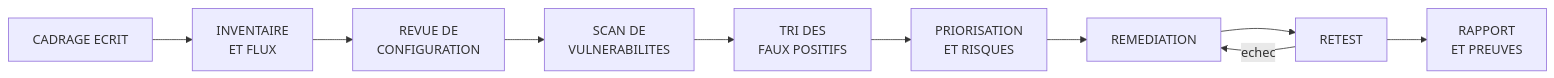
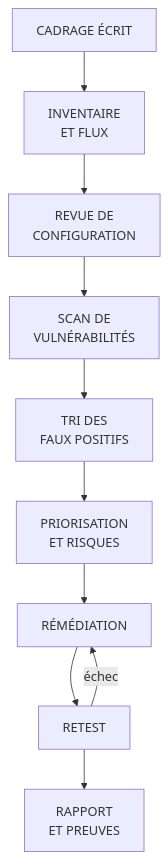
One commit to Gooseppr/GevOps_LC changed the first of 2 diagrams in courses/reseaux-cybersecurite/27_projet_audit_laboratoire.md. Above: the diagram before and after it, drawn with Mermaid. The commit also changed other lines of this file and 56 other files, not shown here.

````diff
--- a/courses/reseaux-cybersecurite/27_projet_audit_laboratoire.md
+++ b/courses/reseaux-cybersecurite/27_projet_audit_laboratoire.md
@@ -53,12 +53,12 @@
 ```mermaid
-flowchart LR
-  A["CADRAGE ECRIT"] --> B["INVENTAIRE<br/>ET FLUX"]
+flowchart TD
+  A["CADRAGE ÉCRIT"] --> B["INVENTAIRE<br/>ET FLUX"]
   B --> C["REVUE DE<br/>CONFIGURATION"]
-  C --> D["SCAN DE<br/>VULNERABILITES"]
+  C --> D["SCAN DE<br/>VULNÉRABILITÉS"]
   D --> E["TRI DES<br/>FAUX POSITIFS"]
   E --> F["PRIORISATION<br/>ET RISQUES"]
-  F --> G["REMEDIATION"]
+  F --> G["RÉMÉDIATION"]
   G --> H["RETEST"]
-  H -->|"echec"| G
+  H -->|"échec"| G
   H --> I["RAPPORT<br/>ET PREUVES"]
 ```
````
